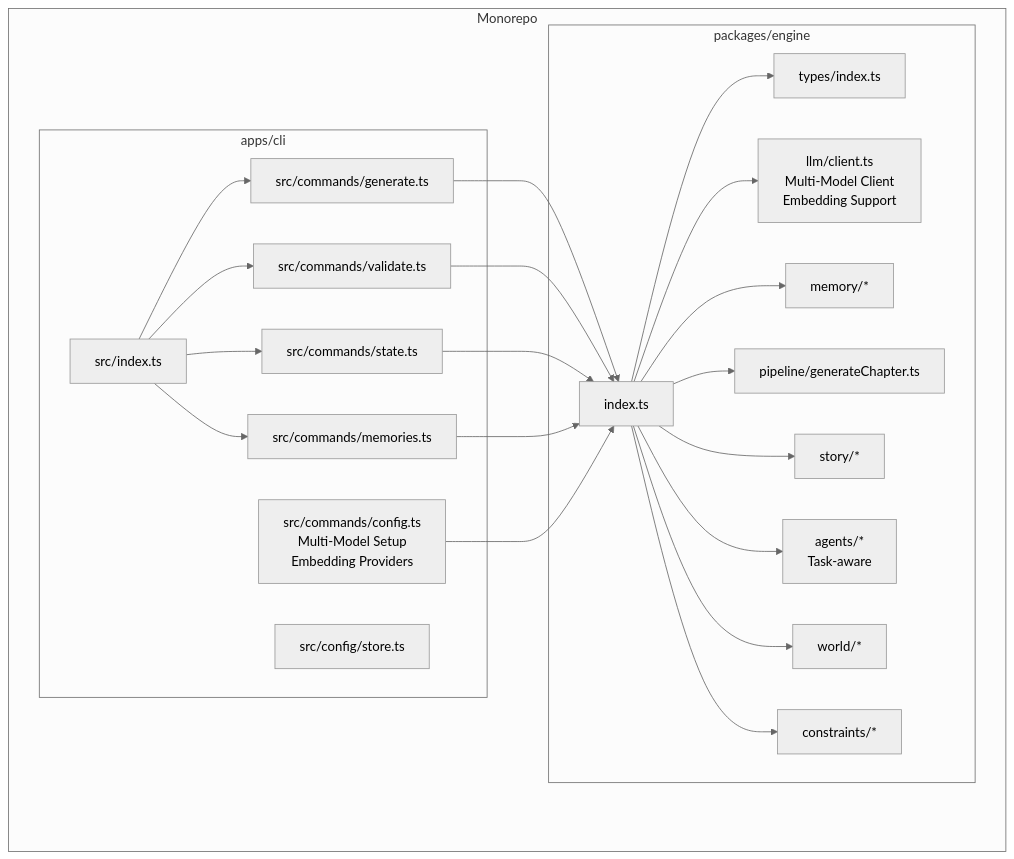
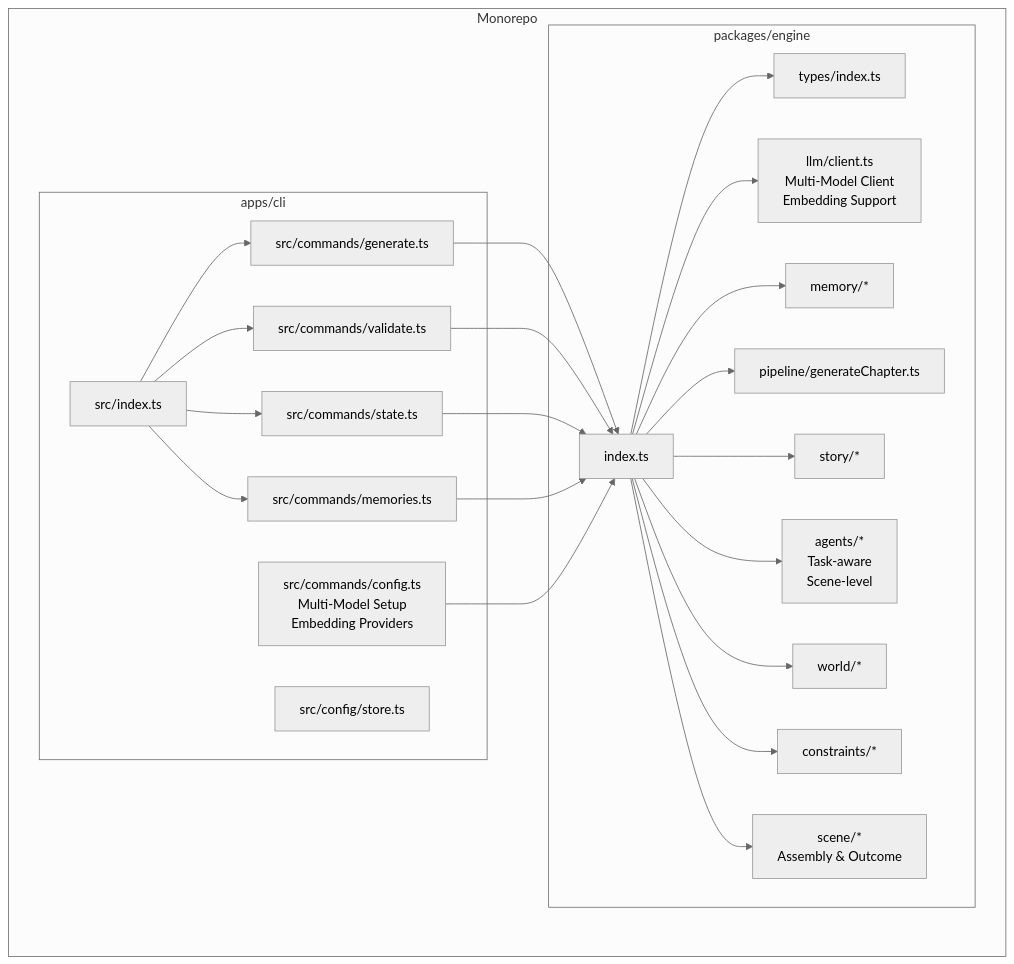
One commit to liwonder/NARRITIVE_OS changed the first of 18 diagrams in .qoder/repowiki/en/content/Engine Architecture/Engine Architecture.md. Above: the diagram before and after it, drawn with Mermaid (neutral theme). The commit also changed other lines of this file and 5 other files, not shown here.

````diff
--- a/.qoder/repowiki/en/content/Engine Architecture/Engine Architecture.md
+++ b/.qoder/repowiki/en/content/Engine Architecture/Engine Architecture.md
@@ -73,42 +81,44 @@
 ```mermaid
 graph TB
 subgraph "Monorepo"
 subgraph "packages/engine"
 E_Index["index.ts"]
 E_Types["types/index.ts"]
 E_LLM["llm/client.ts<br/>Multi-Model Client<br/>Embedding Support"]
 E_Memory["memory/*"]
 E_Pipeline["pipeline/generateChapter.ts"]
 E_Story["story/*"]
-E_Agents["agents/*<br/>Task-aware"]
+E_Agents["agents/*<br/>Task-aware<br/>Scene-level"]
 E_World["world/*"]
 E_Constraints["constraints/*"]
+E_Scene["scene/*<br/>Assembly & Outcome"]
 end
 subgraph "apps/cli"
 C_Index["src/index.ts"]
 C_Gen["src/commands/generate.ts"]
 C_Validate["src/commands/validate.ts"]
 C_State["src/commands/state.ts"]
 C_Memories["src/commands/memories.ts"]
 C_Store["src/config/store.ts"]
 C_Config["src/commands/config.ts<br/>Multi-Model Setup<br/>Embedding Providers"]
 end
 end
 C_Index --> C_Gen
 C_Index --> C_Validate
 C_Index --> C_State
 C_Index --> C_Memories
 C_Gen --> E_Index
 C_Validate --> E_Index
 C_State --> E_Index
 C_Memories --> E_Index
 C_Config --> E_Index
 E_Index --> E_Types
 E_Index --> E_LLM
 E_Index --> E_Memory
 E_Index --> E_Pipeline
 E_Index --> E_Story
 E_Index --> E_Agents
 E_Index --> E_World
 E_Index --> E_Constraints
+E_Index --> E_Scene
 ```
````
